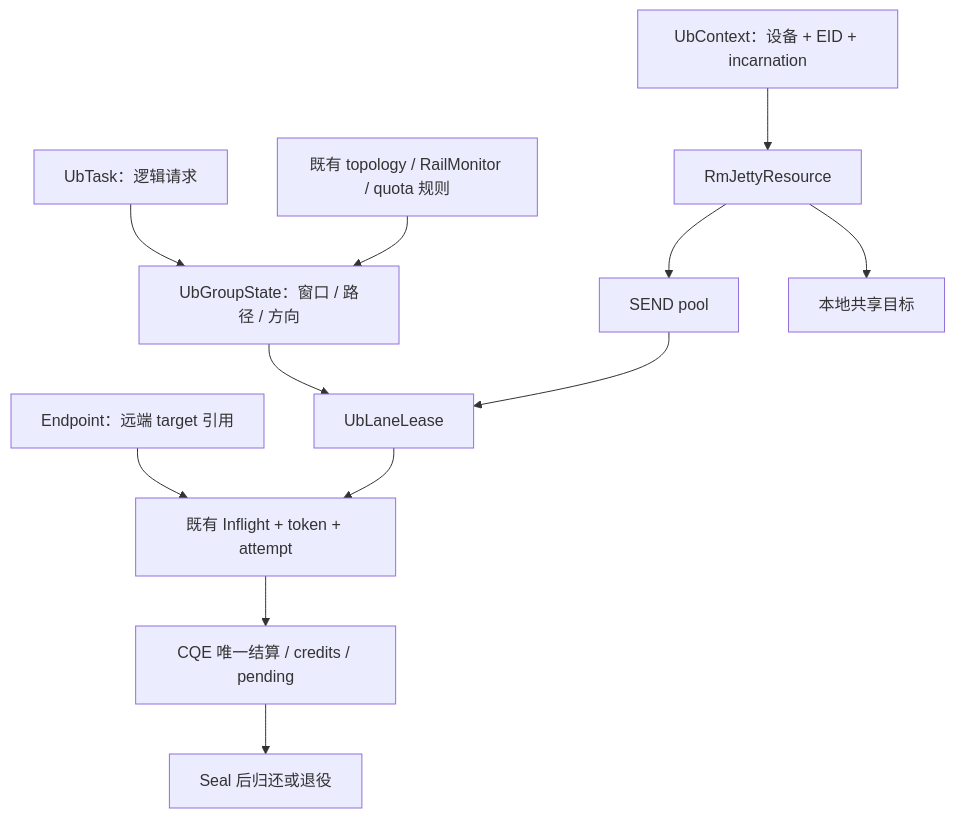
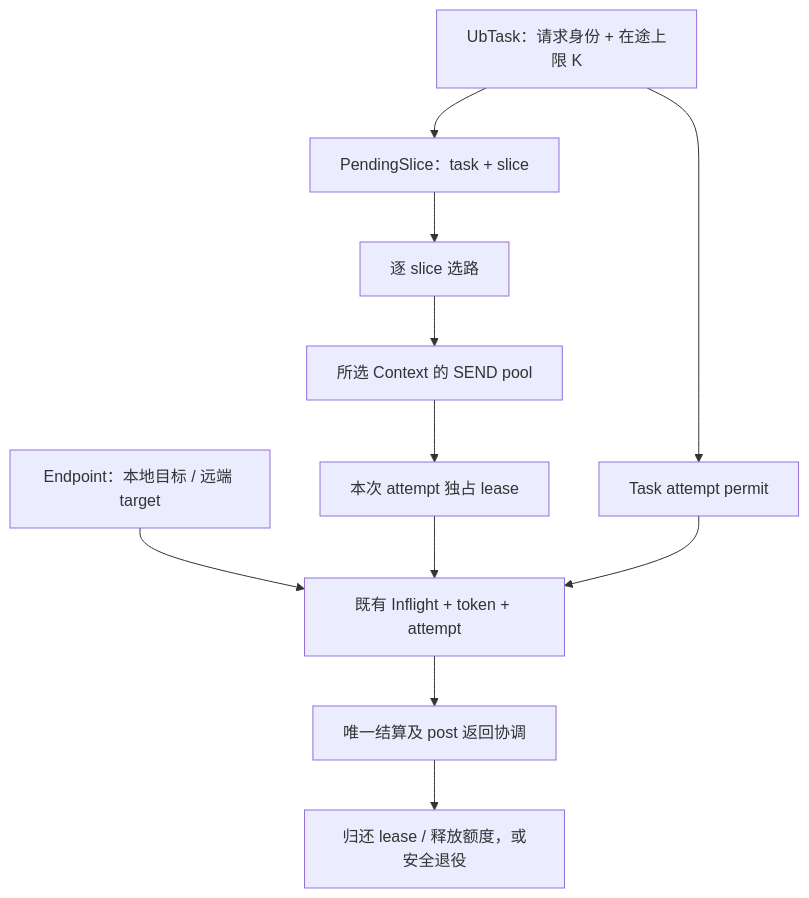
One commit to HangCong126/Supercache changed the third of 8 diagrams in docs/analyze/tent-ub-rm-jetty-pool-design.md. Above: the diagram before and after it, drawn with Mermaid. The commit also changed other lines of this file, not shown here.

Commit message:
revise TENT RM jetty design for exclusive slice leases

````diff
--- a/docs/analyze/tent-ub-rm-jetty-pool-design.md
+++ b/docs/analyze/tent-ub-rm-jetty-pool-design.md
@@ -102,14 +102,13 @@
 ```mermaid
 flowchart TD
-    Task["UbTask：逻辑请求"] --> Group["UbGroupState：窗口 / 路径 / 方向"]
-    Route["既有 topology / RailMonitor / quota 规则"] --> Group
-    Group --> Lease["UbLaneLease"]
-    Context["UbContext：设备 + EID + incarnation"] --> Resource["RmJettyResource"]
-    Resource --> Pool["SEND pool"]
-    Resource --> Target["本地共享目标"]
-    Pool --> Lease
-    Endpoint["Endpoint：远端 target 引用"] --> Inflight["既有 Inflight + token + attempt"]
+    Task["UbTask：请求身份 + 在途上限 K"] --> Slice["PendingSlice：task + slice"]
+    Slice --> Route["逐 slice 选路"]
+    Route --> Pool["所选 Context 的 SEND pool"]
+    Pool --> Lease["本次 attempt 独占 lease"]
+    Endpoint["Endpoint：本地目标 / 远端 target"] --> Inflight["既有 Inflight + token + attempt"]
     Lease --> Inflight
-    Inflight --> Done["CQE 唯一结算 / credits / pending"]
-    Done --> Return["Seal 后归还或退役"]
+    Task --> Permit["Task attempt permit"]
+    Permit --> Inflight
+    Inflight --> Settle["唯一结算及 post 返回协调"]
+    Settle --> Release["归还 lease / 释放额度，或安全退役"]
 ```
````
